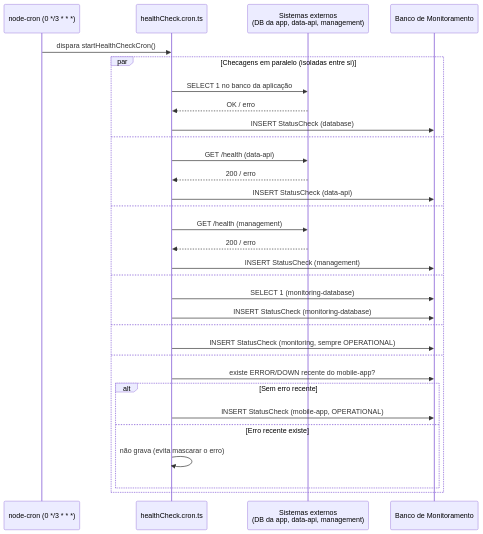
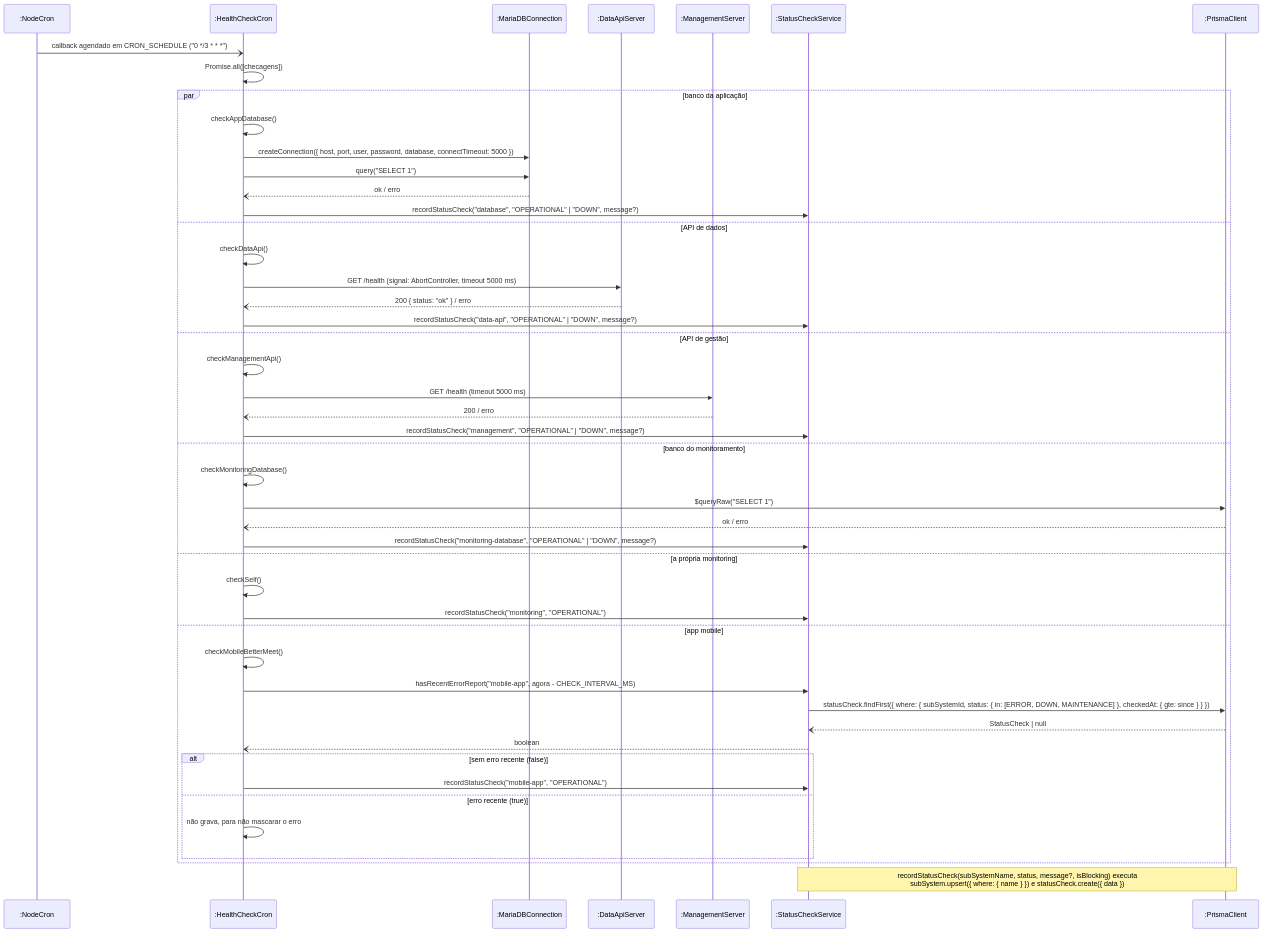
Before and after one commit to MiguelIFSP/BRTPDS2-PROJETO-E-DESENVOLVIMENTO-DE-SISTEMAS-2: the fourth of 17 diagrams in documentos/entrega2_Di1/requisitos_e_casos_de_uso.md, drawn with Mermaid. The commit also changed other lines of this file and 7 other files, not shown here.

````diff
--- a/documentos/entrega2_Di1/requisitos_e_casos_de_uso.md
+++ b/documentos/entrega2_Di1/requisitos_e_casos_de_uso.md
@@ -209,34 +255,50 @@
 ```mermaid
 sequenceDiagram
-    participant Cron as node-cron (0 */3 * * *)
-    participant Job as healthCheck.cron.ts
-    participant Ext as Sistemas externos<br/>(DB da app, data-api, management)
-    participant DB as Banco de Monitoramento
+    participant Cron as :NodeCron
+    participant HC as :HealthCheckCron
+    participant Maria as :MariaDBConnection
+    participant DA as :DataApiServer
+    participant MG as :ManagementServer
+    participant S as :StatusCheckService
+    participant P as :PrismaClient
 
-    Cron->>Job: dispara startHealthCheckCron()
-    par Checagens em paralelo (isoladas entre si)
-        Job->>Ext: SELECT 1 no banco da aplicação
-        Ext-->>Job: OK / erro
-        Job->>DB: INSERT StatusCheck (database)
-    and
-        Job->>Ext: GET /health (data-api)
-        Ext-->>Job: 200 / erro
-        Job->>DB: INSERT StatusCheck (data-api)
-    and
-        Job->>Ext: GET /health (management)
-        Ext-->>Job: 200 / erro
-        Job->>DB: INSERT StatusCheck (management)
-    and
-        Job->>DB: SELECT 1 (monitoring-database)
-        Job->>DB: INSERT StatusCheck (monitoring-database)
-    and
-        Job->>DB: INSERT StatusCheck (monitoring, sempre OPERATIONAL)
-    and
-        Job->>DB: existe ERROR/DOWN recente do mobile-app?
-        alt Sem erro recente
-            Job->>DB: INSERT StatusCheck (mobile-app, OPERATIONAL)
-        else Erro recente existe
-            Job->>Job: não grava (evita mascarar o erro)
+    Cron-)HC: callback agendado em CRON_SCHEDULE ("0 */3 * * *")
+    HC->>HC: Promise.all([checagens])
+    par banco da aplicação
+        HC->>HC: checkAppDatabase()
+        HC->>Maria: createConnection({ host, port, user, password, database, connectTimeout: 5000 })
+        HC->>Maria: query("SELECT 1")
+        Maria--)HC: ok / erro
+        HC->>S: recordStatusCheck("database", "OPERATIONAL" | "DOWN", message?)
+    and API de dados
+        HC->>HC: checkDataApi()
+        HC->>DA: GET /health (signal: AbortController, timeout 5000 ms)
+        DA--)HC: 200 { status: "ok" } / erro
+        HC->>S: recordStatusCheck("data-api", "OPERATIONAL" | "DOWN", message?)
+    and API de gestão
+        HC->>HC: checkManagementApi()
+        HC->>MG: GET /health (timeout 5000 ms)
+        MG--)HC: 200 / erro
+        HC->>S: recordStatusCheck("management", "OPERATIONAL" | "DOWN", message?)
+    and banco do monitoramento
+        HC->>HC: checkMonitoringDatabase()
+        HC->>P: $queryRaw("SELECT 1")
+        P--)HC: ok / erro
+        HC->>S: recordStatusCheck("monitoring-database", "OPERATIONAL" | "DOWN", message?)
+    and a própria monitoring
+        HC->>HC: checkSelf()
+        HC->>S: recordStatusCheck("monitoring", "OPERATIONAL")
+    and app mobile
+        HC->>HC: checkMobileBetterMeet()
+        HC->>S: hasRecentErrorReport("mobile-app", agora - CHECK_INTERVAL_MS)
+        S->>P: statusCheck.findFirst({ where: { subSystemId, status: { in: [ERROR, DOWN, MAINTENANCE] }, checkedAt: { gte: since } } })
+        P--)S: StatusCheck | null
+        S--)HC: boolean
+        alt sem erro recente (false)
+            HC->>S: recordStatusCheck("mobile-app", "OPERATIONAL")
+        else erro recente (true)
+            HC->>HC: não grava, para não mascarar o erro
         end
     end
+    Note over S,P: recordStatusCheck(subSystemName, status, message?, isBlocking) executa<br/>subSystem.upsert({ where: { name } }) e statusCheck.create({ data })
 ```
````
